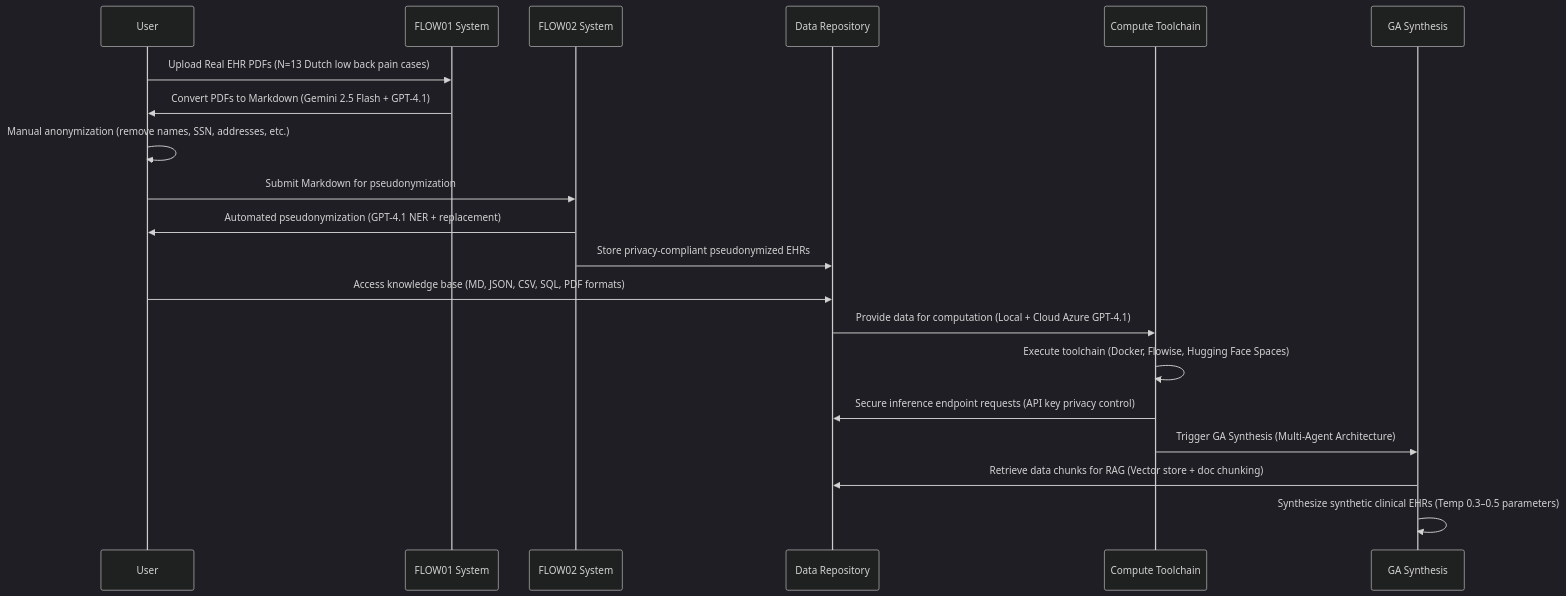
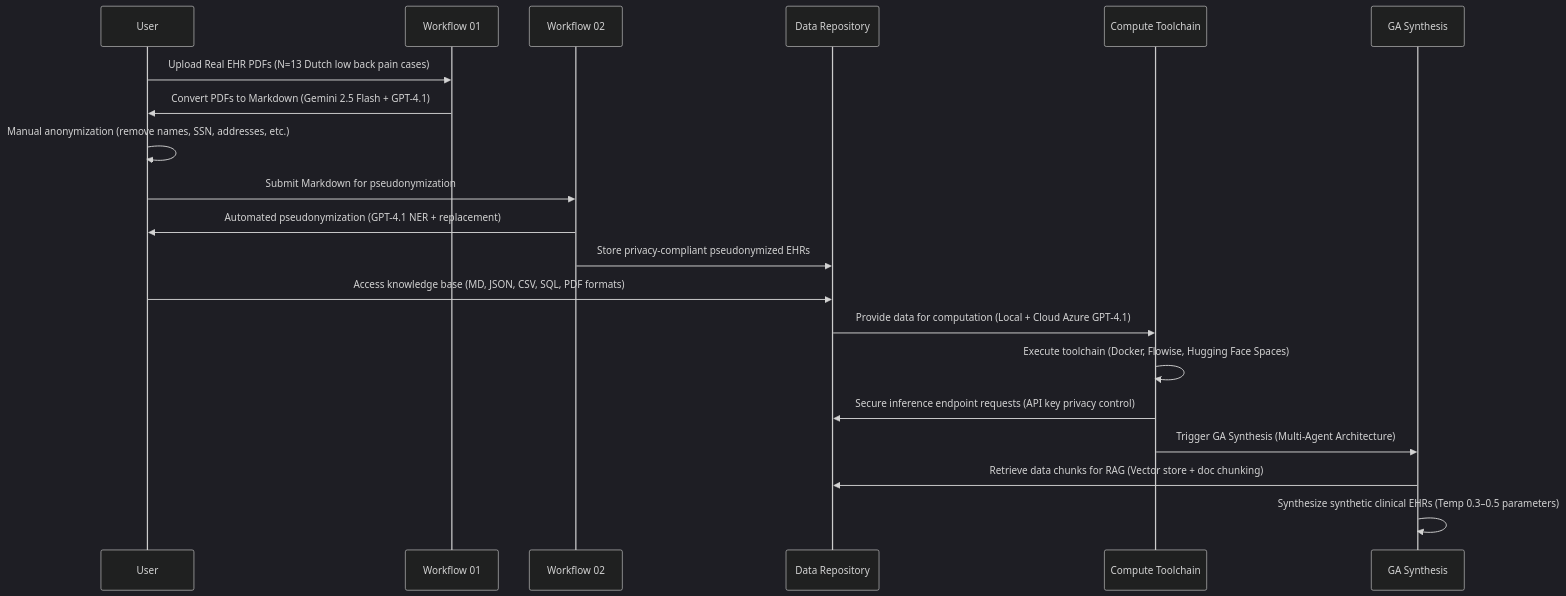
One commit to HR-DataLab-Healthcare/RESEARCH_SUPPORT changed the first of 8 diagrams in PROJECTS/Generative_Agent_based_Data-Synthesis/Readme.md. Above: the diagram before and after it, drawn with Mermaid (dark theme). The commit also changed other lines of this file, not shown here.

````diff
--- a/PROJECTS/Generative_Agent_based_Data-Synthesis/Readme.md
+++ b/PROJECTS/Generative_Agent_based_Data-Synthesis/Readme.md
@@ -28,26 +28,26 @@
 ```mermaid
 
 sequenceDiagram
     participant User
-    participant FLOW01 as FLOW01 System
-    participant FLOW02 as FLOW02 System
+    participant FLOW01 as Workflow 01
+    participant FLOW02 as Workflow 02
     participant Repo as Data Repository
     participant Compute as Compute Toolchain
     participant GA as GA Synthesis
 
     User->>FLOW01: Upload Real EHR PDFs (N=13 Dutch low back pain cases)
     FLOW01->>User: Convert PDFs to Markdown (Gemini 2.5 Flash + GPT-4.1)
     User->>User: Manual anonymization (remove names, SSN, addresses, etc.)
     User->>FLOW02: Submit Markdown for pseudonymization
     FLOW02->>User: Automated pseudonymization (GPT-4.1 NER + replacement)
     FLOW02->>Repo: Store privacy-compliant pseudonymized EHRs
 
     User->>Repo: Access knowledge base (MD, JSON, CSV, SQL, PDF formats)
     Repo->>Compute: Provide data for computation (Local + Cloud Azure GPT-4.1)
     Compute->>Compute: Execute toolchain (Docker, Flowise, Hugging Face Spaces)
     Compute->>Repo: Secure inference endpoint requests (API key privacy control)
 
     Compute->>GA: Trigger GA Synthesis (Multi-Agent Architecture)
     GA->>Repo: Retrieve data chunks for RAG (Vector store + doc chunking)
     GA->>GA: Synthesize synthetic clinical EHRs (Temp 0.3–0.5 parameters)
 ```
````
